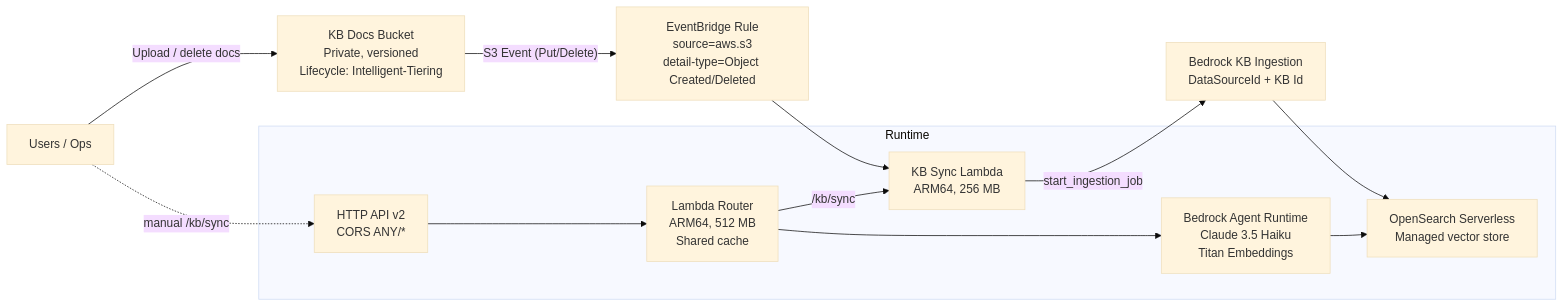
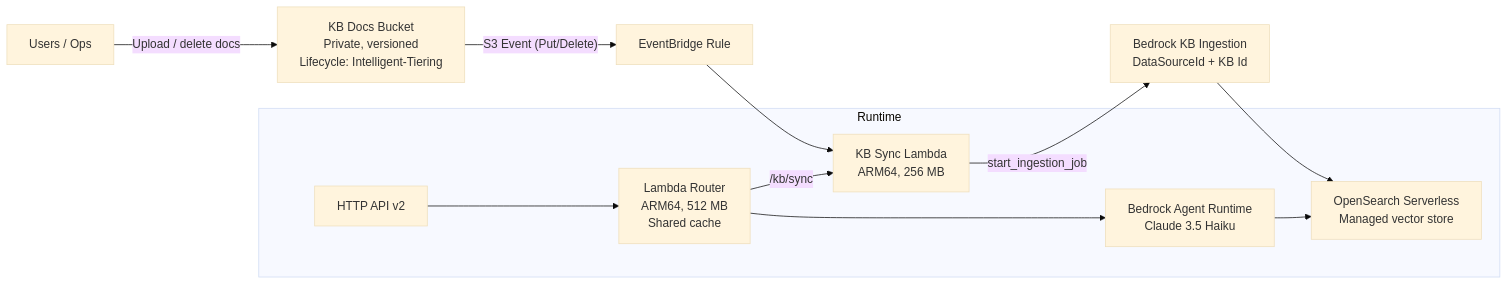
One commit to Sumitbhoyar/customer-support-copilot changed the second of 5 diagrams in docs/architecture.md. Above: the diagram before and after it, drawn with Mermaid (base theme). The commit also changed other lines of this file and 25 other files, not shown here.

````diff
--- a/docs/architecture.md
+++ b/docs/architecture.md
@@ -37,17 +33,15 @@
 ```mermaid
 flowchart LR
   U[Users / Ops] -- Upload / delete docs --> S3[KB Docs Bucket<br/>Private, versioned<br/>Lifecycle: Intelligent-Tiering]
-  S3 -- S3 Event (Put/Delete) --> EB[EventBridge Rule<br/>source=aws.s3<br/>detail-type=Object Created/Deleted]
+  S3 -- S3 Event (Put/Delete) --> EB[EventBridge Rule]
   EB --> Lsync[KB Sync Lambda<br/>ARM64, 256 MB]
   Lsync -- start_ingestion_job --> BR[Bedrock KB Ingestion<br/>DataSourceId + KB Id]
   BR --> OSS[OpenSearch Serverless<br/>Managed vector store]
 
   subgraph Runtime
-    API[HTTP API v2<br/>CORS ANY/*] --> Lapi[Lambda Router<br/>ARM64, 512 MB<br/>Shared cache]
-    Lapi --> BRRT[Bedrock Agent Runtime<br/>Claude 3.5 Haiku<br/>Titan Embeddings]
+    API[HTTP API v2] --> Lapi[Lambda Router<br/>ARM64, 512 MB<br/>Shared cache]
+    Lapi --> BRRT[Bedrock Agent Runtime<br/>Claude 3.5 Haiku]
     BRRT --> OSS
     Lapi -->|/kb/sync| Lsync
   end
-
-  U -. manual /kb/sync .-> API
 ```
````
